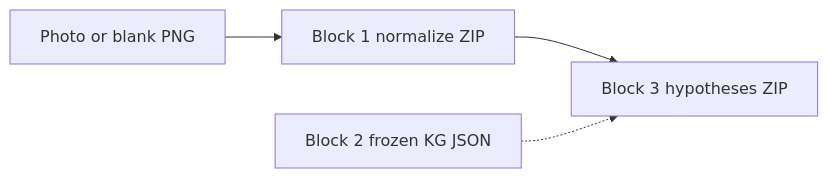
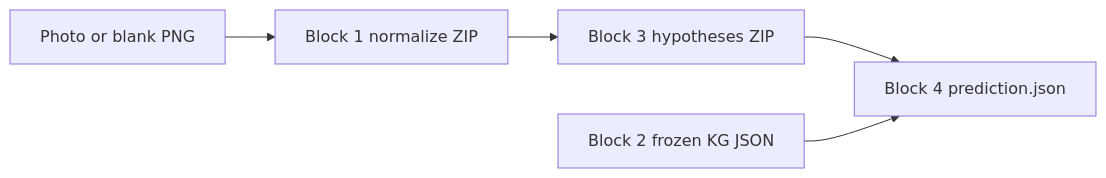
The diagram in docs/blocks/README.md (RwaRwa599/epq3), drawn with Mermaid before and after one commit. The commit also changed other lines of this file and 11 other files, not shown here.

````diff
--- a/docs/blocks/README.md
+++ b/docs/blocks/README.md
@@ -23,9 +25,10 @@
 ```mermaid
 flowchart LR
   photo[Photo or blank PNG]
   b1[Block 1 normalize ZIP]
   kg[Block 2 frozen KG JSON]
   b3[Block 3 hypotheses ZIP]
-  photo --> b1 --> b3
-  kg -.-> b3
+  b4[Block 4 prediction.json]
+  photo --> b1 --> b3 --> b4
+  kg --> b4
 ```
````
